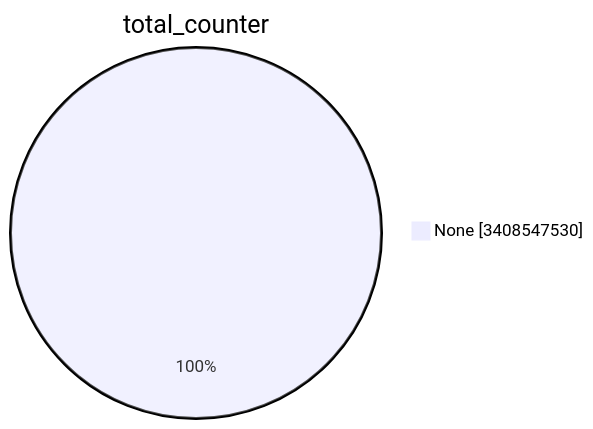
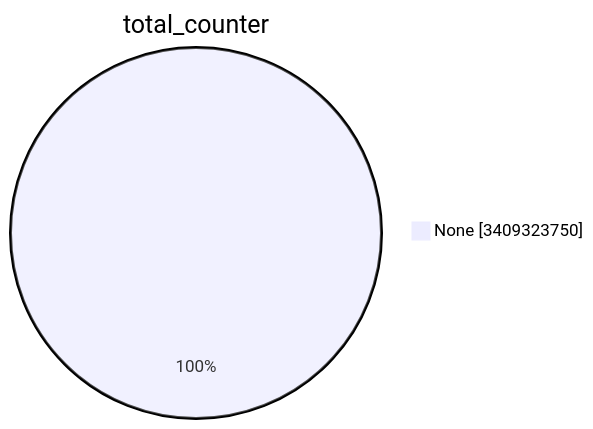
The first of 15 diagrams in TOTAL/README.md (christiankrug/ctmonitor_visualization), drawn with Mermaid before and after one commit. The commit also changed other lines of this file, not shown here.

````diff
--- a/TOTAL/README.md
+++ b/TOTAL/README.md
@@ -1,5 +1,5 @@
 ```mermaid
 pie showData
 title total_counter
-"None" :3408547530
+"None" :3409323750
 ```
````
